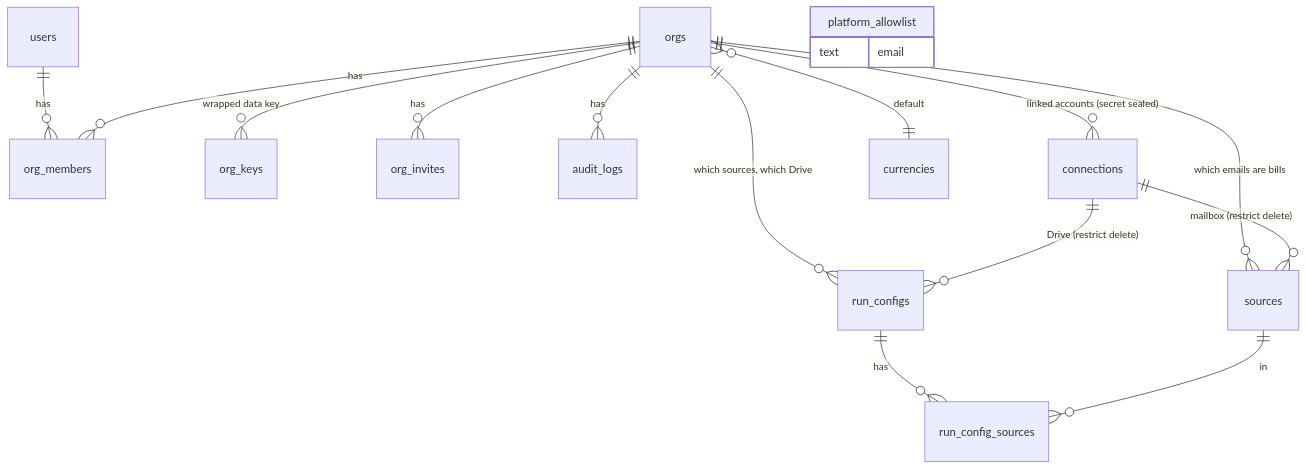
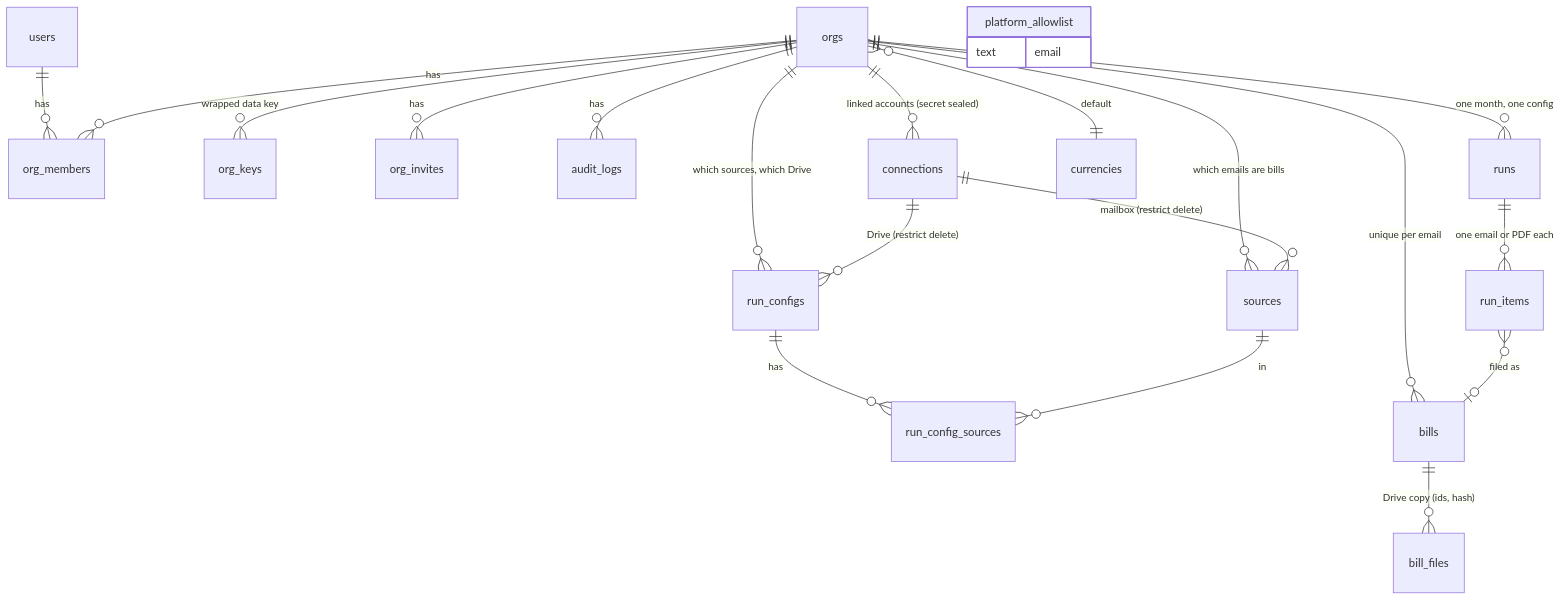
One commit to blackchapel/billfold changed the fourth of 5 diagrams in docs/architecture.md. Above: the diagram before and after it, drawn with Mermaid. The commit also changed other lines of this file and 19 other files, not shown here.

First line of the commit message:
Phase 4 UI: Runs pages with live filing progress, overview checklist, e2e flows F18-F23, docs and ADR 0008

````diff
--- a/docs/architecture.md
+++ b/docs/architecture.md
@@ -51,19 +51,24 @@
 ```mermaid
 erDiagram
   users ||--o{ org_members : has
   orgs ||--o{ org_members : has
   orgs ||--o{ org_keys : "wrapped data key"
   orgs ||--o{ org_invites : has
   orgs ||--o{ audit_logs : has
   orgs ||--o{ connections : "linked accounts (secret sealed)"
   orgs ||--o{ sources : "which emails are bills"
   orgs ||--o{ run_configs : "which sources, which Drive"
   connections ||--o{ sources : "mailbox (restrict delete)"
   connections ||--o{ run_configs : "Drive (restrict delete)"
   run_configs ||--o{ run_config_sources : has
+  orgs ||--o{ runs : "one month, one config"
+  runs ||--o{ run_items : "one email or PDF each"
+  orgs ||--o{ bills : "unique per email"
+  bills ||--o{ bill_files : "Drive copy (ids, hash)"
+  run_items }o--o| bills : "filed as"
   sources ||--o{ run_config_sources : "in"
   orgs }o--|| currencies : default
   platform_allowlist {
     text email
   }
 ```
````
